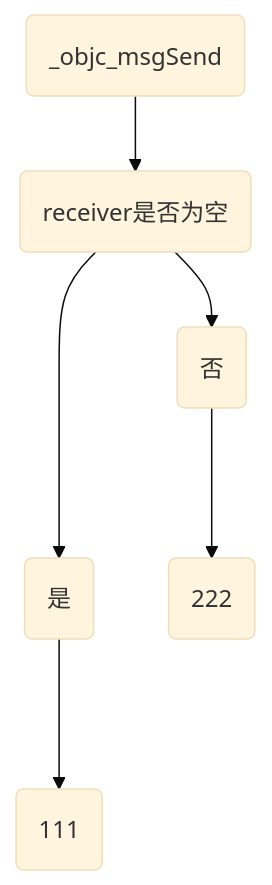
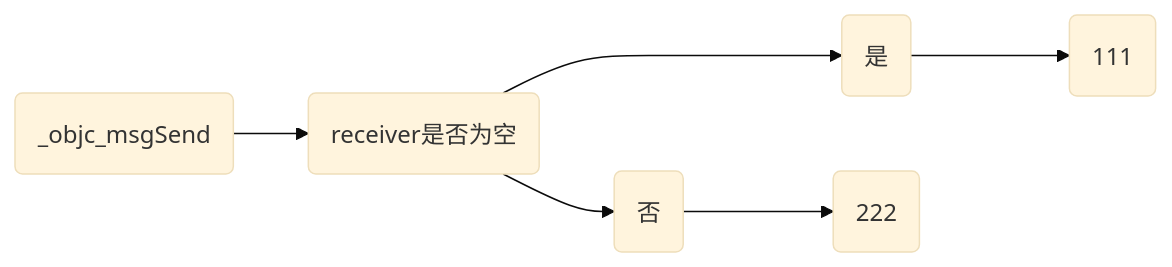
Before and after one commit to i-stack/STSourceCodeProject: the diagram in Blogs/iOS/04-消息转发流程.md, drawn with Mermaid (base theme).

````diff
--- a/Blogs/iOS/04-消息转发流程.md
+++ b/Blogs/iOS/04-消息转发流程.md
@@ -88,7 +88,7 @@
 ```mermaid
-graph TD
+graph LR
 A(_objc_msgSend)-->B1(receiver是否为空)
 B1---->C1(是)--->D1(111)
 B1-->C2(否)--->D2(222)
 
 ```
````
